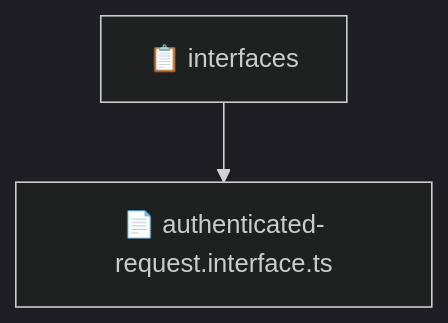
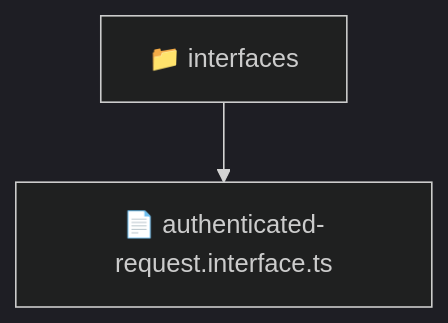
The diagram in backend/src/common/interfaces/README.md (beginwebdev2002/fullstack-mavluda), drawn with Mermaid (dark theme) before and after one commit. The commit also changed other lines of this file and 165 other files, not shown here.

First line of the commit message:
docs: generate localized architectural READMEs

````diff
--- a/backend/src/common/interfaces/README.md
+++ b/backend/src/common/interfaces/README.md
@@ -9,5 +9,5 @@
 ```mermaid
 graph TD
-  Root["📋 interfaces"]
-  Root --> authenticatedrequestinterfacets["📄 authenticated-request.interface.ts"]
+  interfaces["📁 interfaces"]
+  interfaces --> authenticated_request_interface_ts["📄 authenticated-request.interface.ts"]
 ```
````
